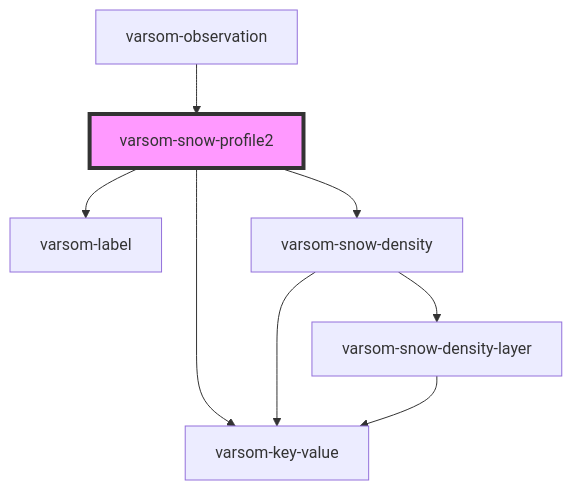
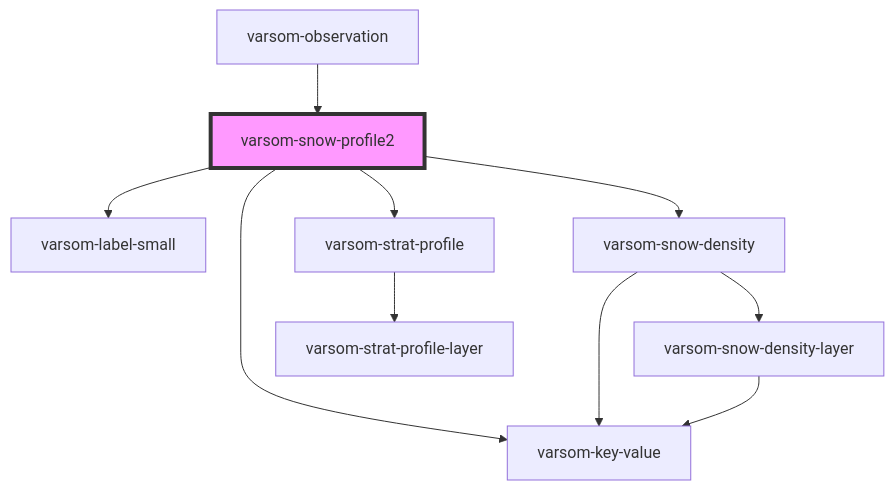
One commit to NVE/varsom-observation changed the diagram in observasjonskort/src/components/varsom-snow-profile2/readme.md. Above: the diagram before and after it, drawn with Mermaid. The commit also changed other lines of this file and 10 other files, not shown here.

Commit message:
updated strat profile and strat profile layers components

````diff
--- a/observasjonskort/src/components/varsom-snow-profile2/readme.md
+++ b/observasjonskort/src/components/varsom-snow-profile2/readme.md
@@ -36,11 +37,13 @@
 ```mermaid
 graph TD;
-  varsom-snow-profile2 --> varsom-label
+  varsom-snow-profile2 --> varsom-label-small
   varsom-snow-profile2 --> varsom-key-value
   varsom-snow-profile2 --> varsom-snow-density
+  varsom-snow-profile2 --> varsom-strat-profile
   varsom-snow-density --> varsom-key-value
   varsom-snow-density --> varsom-snow-density-layer
   varsom-snow-density-layer --> varsom-key-value
+  varsom-strat-profile --> varsom-strat-profile-layer
   varsom-observation --> varsom-snow-profile2
   style varsom-snow-profile2 fill:#f9f,stroke:#333,stroke-width:4px
 ```
````
